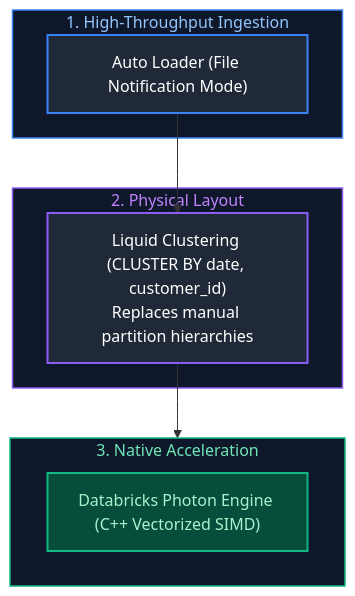
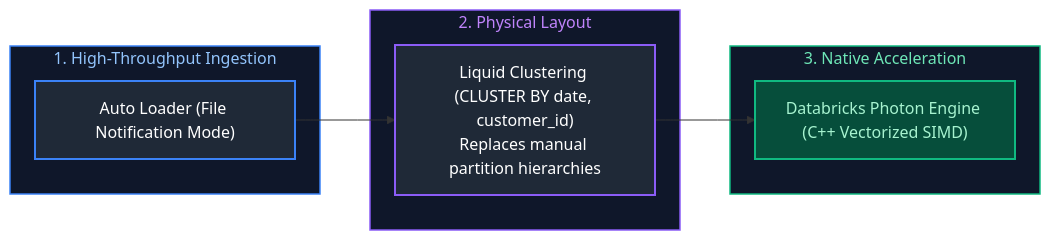
One commit to joydeep-biswas/Interview-Preparation changed the fifth of 5 diagrams in Data Engineering/frequently_asked_questions/06_databricks_and_delta_lake.md. Above: the diagram before and after it, drawn with Mermaid. The commit also changed other lines of this file and 76 other files, not shown here.

Commit message:
Updated Charts

````diff
--- a/Data Engineering/frequently_asked_questions/06_databricks_and_delta_lake.md
+++ b/Data Engineering/frequently_asked_questions/06_databricks_and_delta_lake.md
@@ -374,23 +394,23 @@
 ```mermaid
-flowchart TD
+flowchart LR
     subgraph Ingestion ["1. High-Throughput Ingestion"]
         AL["Auto Loader (File Notification Mode)"]
     end
     
     subgraph StorageLayout ["2. Physical Layout"]
         LC["Liquid Clustering (CLUSTER BY date, customer_id)<br/>Replaces manual partition hierarchies"]
     end
 
     subgraph ComputeEngine ["3. Native Acceleration"]
         PE["Databricks Photon Engine (C++ Vectorized SIMD)"]
     end
 
-    AL --> LC --> ComputeEngine
+    AL --> LC --> PE
 
     style Ingestion fill:#0f172a,stroke:#3b82f6,stroke-width:1.5px,color:#93c5fd
     style StorageLayout fill:#0f172a,stroke:#8b5cf6,stroke-width:1.5px,color:#c084fc
     style ComputeEngine fill:#0f172a,stroke:#10b981,stroke-width:1.5px,color:#6ee7b7
     style AL fill:#1f2937,stroke:#3b82f6,stroke-width:2px,color:#fff
     style LC fill:#1f2937,stroke:#8b5cf6,stroke-width:2px,color:#fff
     style PE fill:#064e3b,stroke:#10b981,stroke-width:2px,color:#a7f3d0
 ```
````
